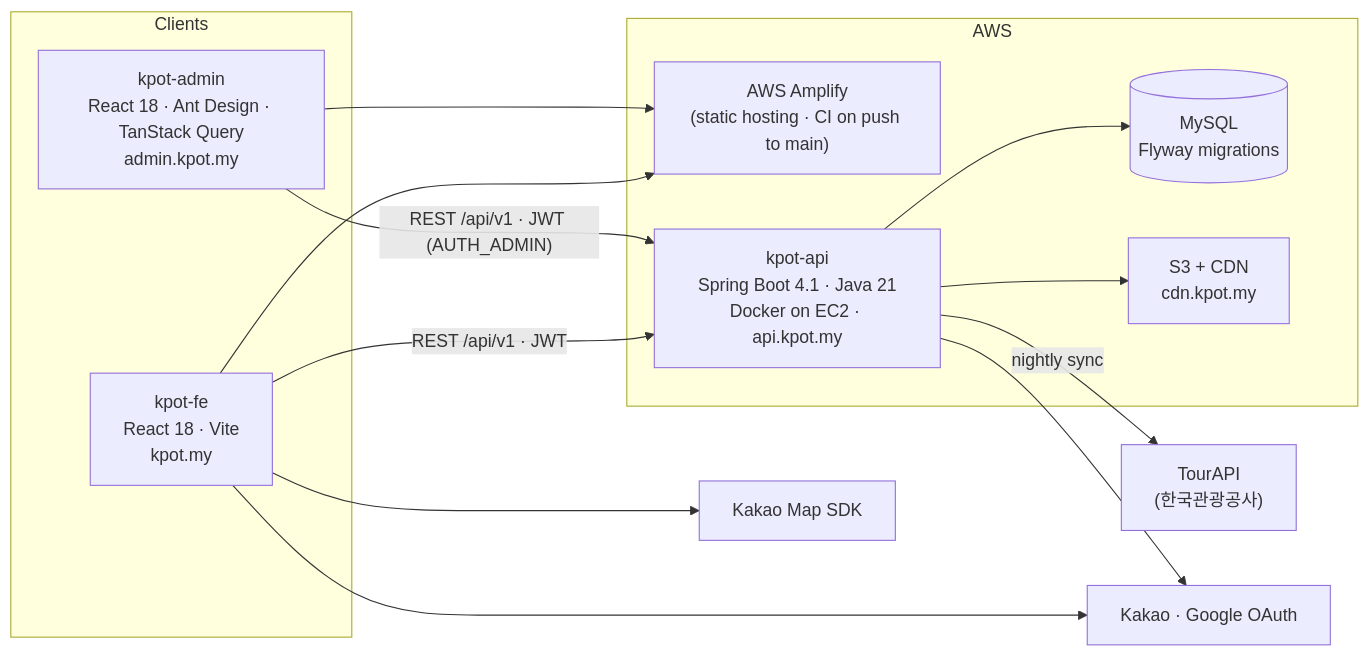
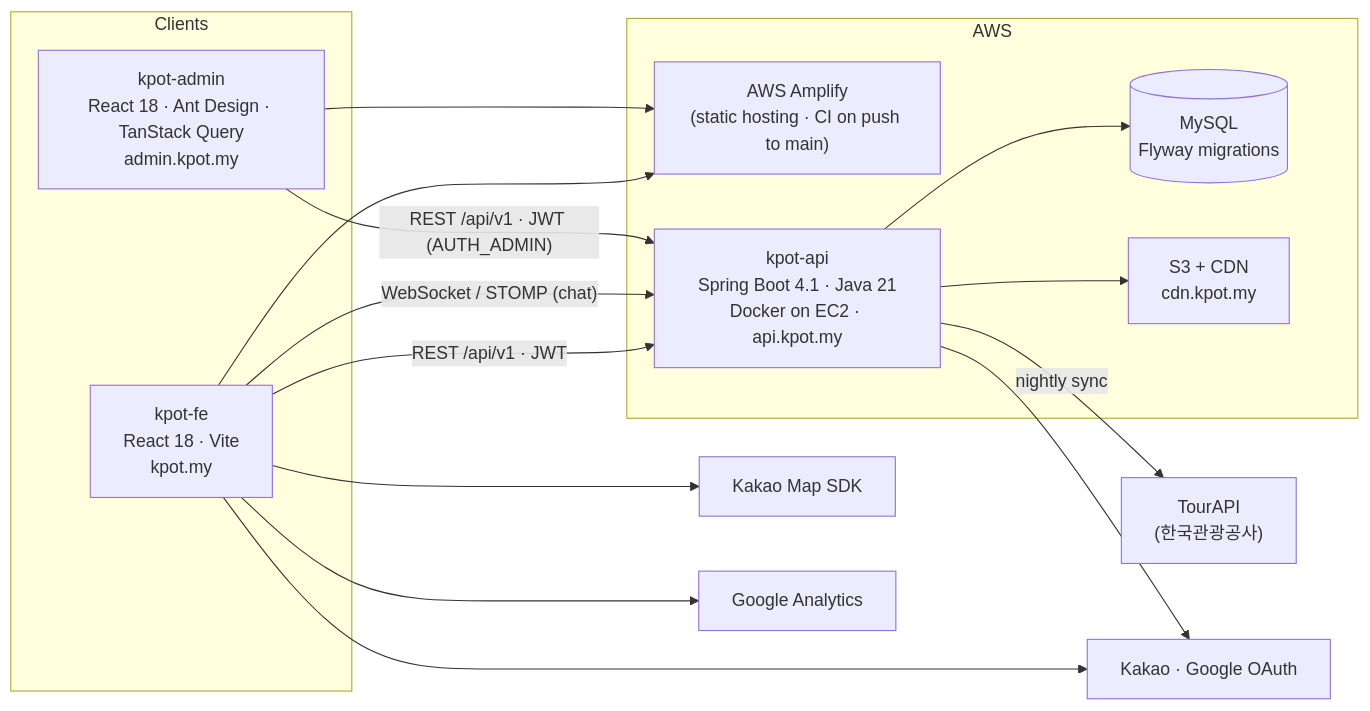
The diagram in profile/README.md (Kpot-for-tour/.github), drawn with Mermaid before and after one commit. The commit also changed other lines of this file, not shown here.

Commit message:
docs: refresh profile with 2026-09-28 state — 4 languages, chat, map clusters, popularity, data pipelines and production counts

````diff
--- a/profile/README.md
+++ b/profile/README.md
@@ -146,29 +171,32 @@
 ```mermaid
 flowchart LR
     subgraph Clients
         FE["kpot-fe<br/>React 18 · Vite<br/>kpot.my"]
         ADMIN["kpot-admin<br/>React 18 · Ant Design · TanStack Query<br/>admin.kpot.my"]
     end
 
     subgraph AWS
         AMP["AWS Amplify<br/>(static hosting · CI on push to main)"]
         API["kpot-api<br/>Spring Boot 4.1 · Java 21<br/>Docker on EC2 · api.kpot.my"]
         DB[("MySQL<br/>Flyway migrations")]
         S3["S3 + CDN<br/>cdn.kpot.my"]
     end
 
     TOUR["TourAPI<br/>(한국관광공사)"]
     KAKAO["Kakao Map SDK"]
     OAUTH["Kakao · Google OAuth"]
+    GA["Google Analytics"]
 
     FE --> AMP
     ADMIN --> AMP
     FE -- "REST /api/v1 · JWT" --> API
+    FE -- "WebSocket / STOMP (chat)" --> API
     ADMIN -- "REST /api/v1 · JWT (AUTH_ADMIN)" --> API
     API --> DB
     API --> S3
     API -- "nightly sync" --> TOUR
     FE --> KAKAO
     FE --> OAUTH
+    FE --> GA
     API --> OAUTH
 ```
````
